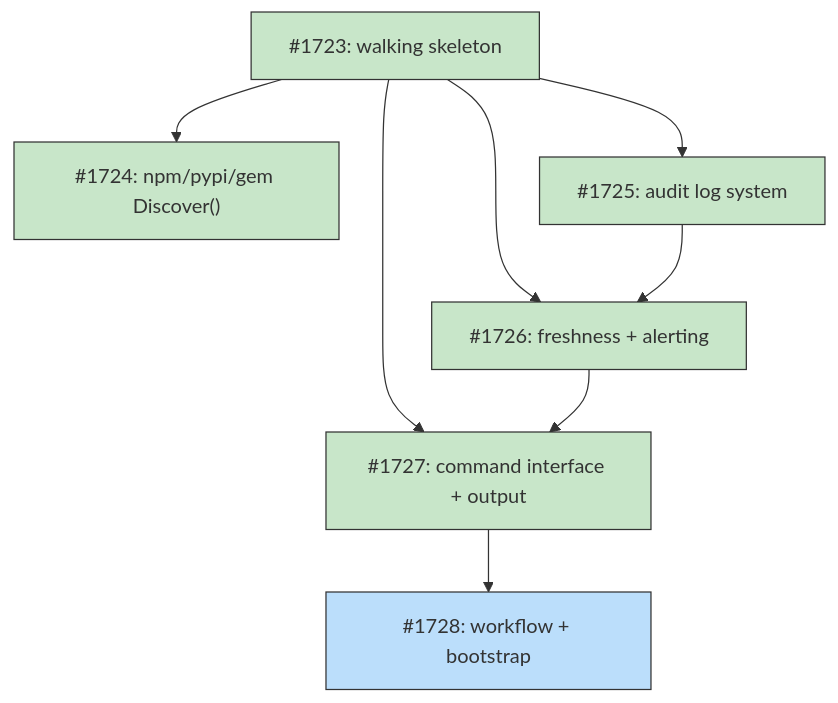
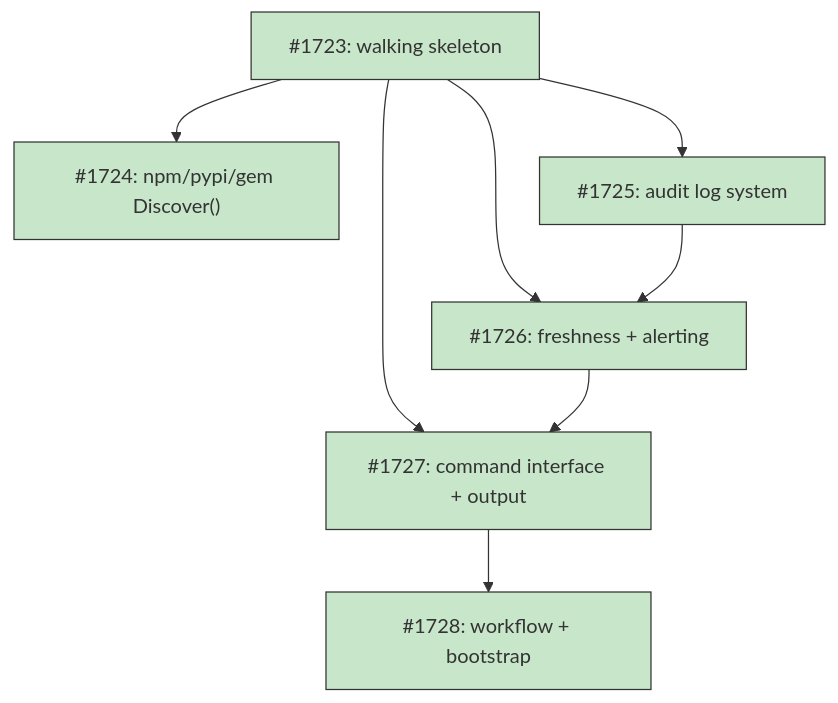
One commit to tsukumogami/tsuku changed the diagram in docs/designs/DESIGN-automated-seeding.md. Above: the diagram before and after it, drawn with Mermaid. The commit also changed other lines of this file and 1 other file, not shown here.

````diff
--- a/docs/designs/DESIGN-automated-seeding.md
+++ b/docs/designs/DESIGN-automated-seeding.md
@@ -55,29 +55,29 @@
 ```mermaid
 graph TD
     I1723["#1723: walking skeleton"]
     I1724["#1724: npm/pypi/gem Discover()"]
     I1725["#1725: audit log system"]
     I1726["#1726: freshness + alerting"]
     I1727["#1727: command interface + output"]
     I1728["#1728: workflow + bootstrap"]
 
     I1723 --> I1724
     I1723 --> I1725
     I1723 --> I1726
     I1725 --> I1726
     I1723 --> I1727
     I1726 --> I1727
     I1727 --> I1728
 
     classDef done fill:#c8e6c9,stroke:#333
     classDef ready fill:#bbdefb,stroke:#333
     classDef blocked fill:#fff9c4,stroke:#333
     classDef needsDesign fill:#e1bee7,stroke:#333
 
     class I1723 done
     class I1724 done
     class I1725 done
     class I1726 done
     class I1727 done
-    class I1728 ready
+    class I1728 done
 ```
````
